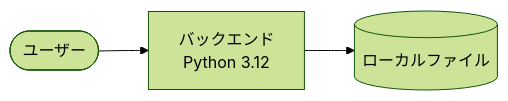
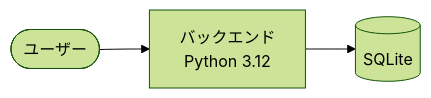
One commit to shuhei1101/ai-monitor-e2e changed the diagram in README.md. Above: the diagram before and after it, drawn with Mermaid (forest theme). The commit also changed 2 other files, not shown here.

Commit message:
docs: 永続化先を SQLite に確定し非機能要件の決定値を埋める

````diff
--- a/README.md
+++ b/README.md
@@ -17,5 +17,5 @@
 ```mermaid
 flowchart LR
   U([ユーザー]) --> BE[バックエンド<br>Python 3.12]
-  BE --> STORE[(ローカルファイル)]
+  BE --> STORE[(SQLite)]
 ```
````
